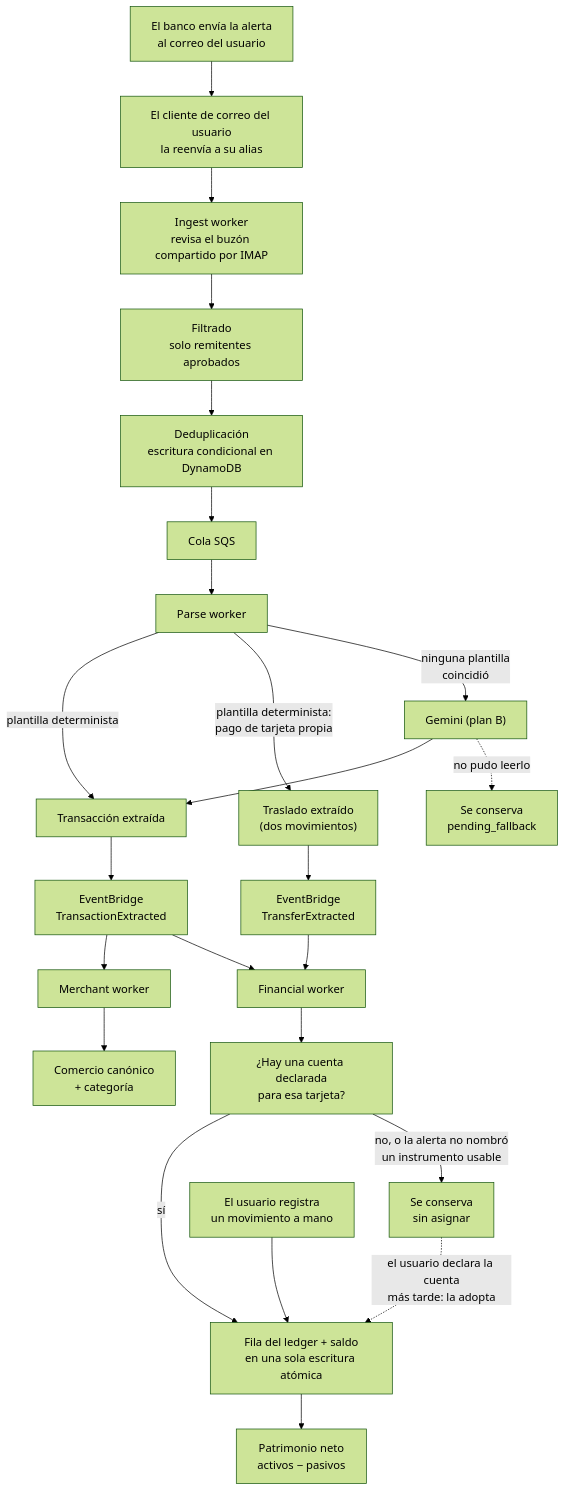
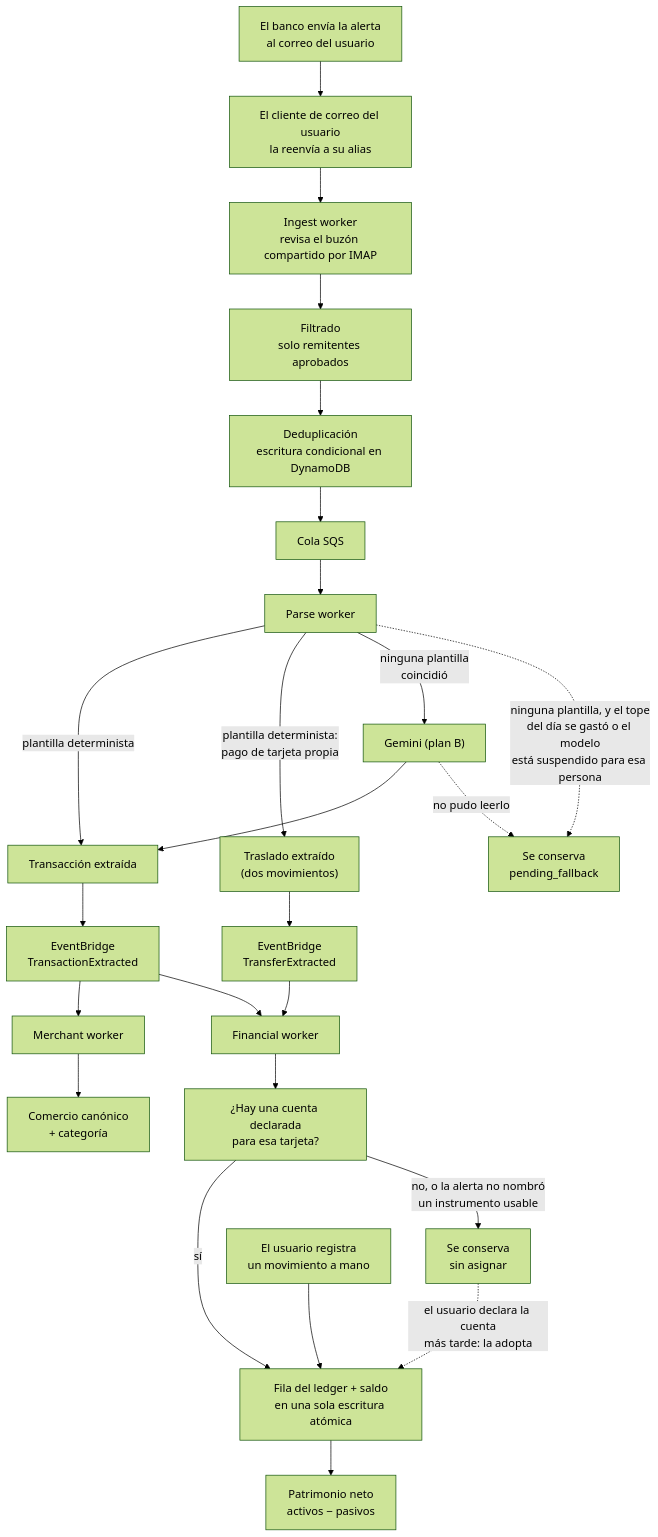
One commit to lStiven/finflow changed the diagram in docs/overview.md. Above: the diagram before and after it, drawn with Mermaid (forest theme). The commit also changed other lines of this file and 93 other files, not shown here.

````diff
--- a/docs/overview.md
+++ b/docs/overview.md
@@ -40,26 +40,27 @@
 ```mermaid
 flowchart TD
     A["El banco envía la alerta<br/>al correo del usuario"] --> B["El cliente de correo del usuario<br/>la reenvía a su alias"]
     B --> C["Ingest worker<br/>revisa el buzón compartido por IMAP"]
     C --> D["Filtrado<br/>solo remitentes aprobados"]
     D --> E["Deduplicación<br/>escritura condicional en DynamoDB"]
     E --> F["Cola SQS"]
     F --> G["Parse worker"]
     G -->|"plantilla determinista"| H["Transacción extraída"]
     G -->|"plantilla determinista:<br/>pago de tarjeta propia"| T["Traslado extraído<br/>(dos movimientos)"]
     G -->|"ninguna plantilla<br/>coincidió"| I["Gemini (plan B)"]
     I --> H
     I -.->|"no pudo leerlo"| J["Se conserva<br/>pending_fallback"]
+    G -.->|"ninguna plantilla, y el tope<br/>del día se gastó o el modelo<br/>está suspendido para esa persona"| J
     H --> K["EventBridge<br/>TransactionExtracted"]
     T --> U["EventBridge<br/>TransferExtracted"]
     K --> L["Merchant worker"]
     L --> M["Comercio canónico<br/>+ categoría"]
     U --> N
     K --> N["Financial worker"]
     N --> O["¿Hay una cuenta declarada<br/>para esa tarjeta?"]
     O -->|"sí"| P["Fila del ledger + saldo<br/>en una sola escritura atómica"]
     O -->|"no, o la alerta no nombró<br/>un instrumento usable"| Q["Se conserva<br/>sin asignar"]
     Q -.->|"el usuario declara la cuenta<br/>más tarde: la adopta"| P
     S["El usuario registra<br/>un movimiento a mano"] --> P
     P --> R["Patrimonio neto<br/>activos − pasivos"]
 ```
````
